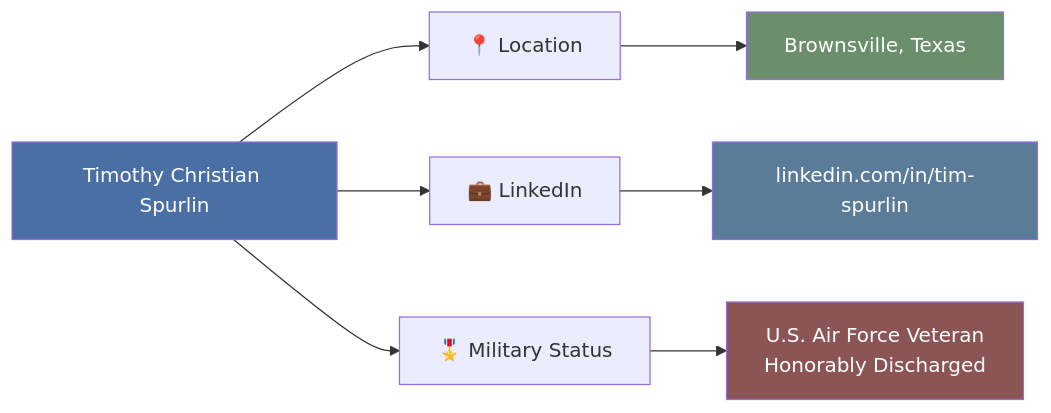
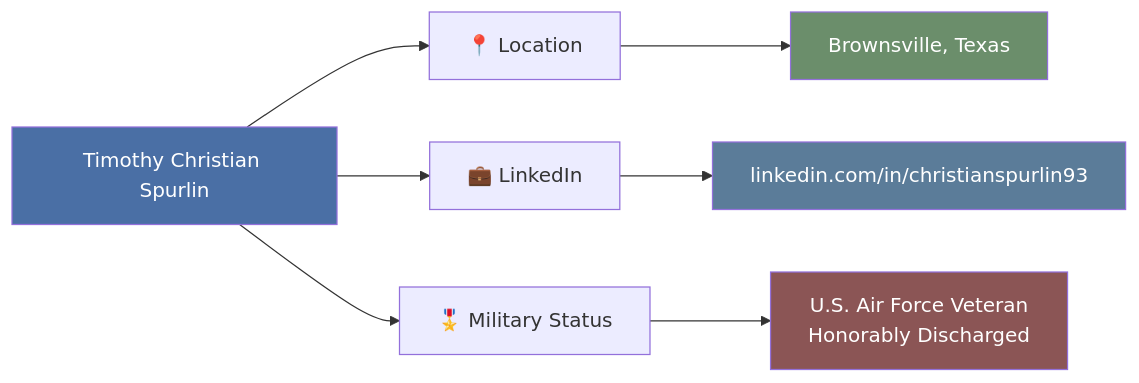
Diagram 17 of 24 in README.md (Tim-Spurlin/RESUME-of-Timothy-Spurlin), drawn with Mermaid before and after one commit. The commit also changed other lines of this file, not shown here.

````diff
--- a/README.md
+++ b/README.md
@@ -718,15 +718,15 @@
 ```mermaid
 graph LR
     A[Timothy Christian Spurlin] --> B[📍 Location]
     A --> C[💼 LinkedIn]
     A --> D[🎖️ Military Status]
     
     B --> E[Brownsville, Texas]
-    C --> F[linkedin.com/in/tim-spurlin]
+    C --> F[linkedin.com/in/christianspurlin93]
     D --> G[U.S. Air Force Veteran<br/>Honorably Discharged]
     
     style A fill:#4A6FA5,color:#fff
     style E fill:#6B8E6B,color:#fff
     style F fill:#5B7C99,color:#fff
     style G fill:#8B5555,color:#fff
 ```
````
